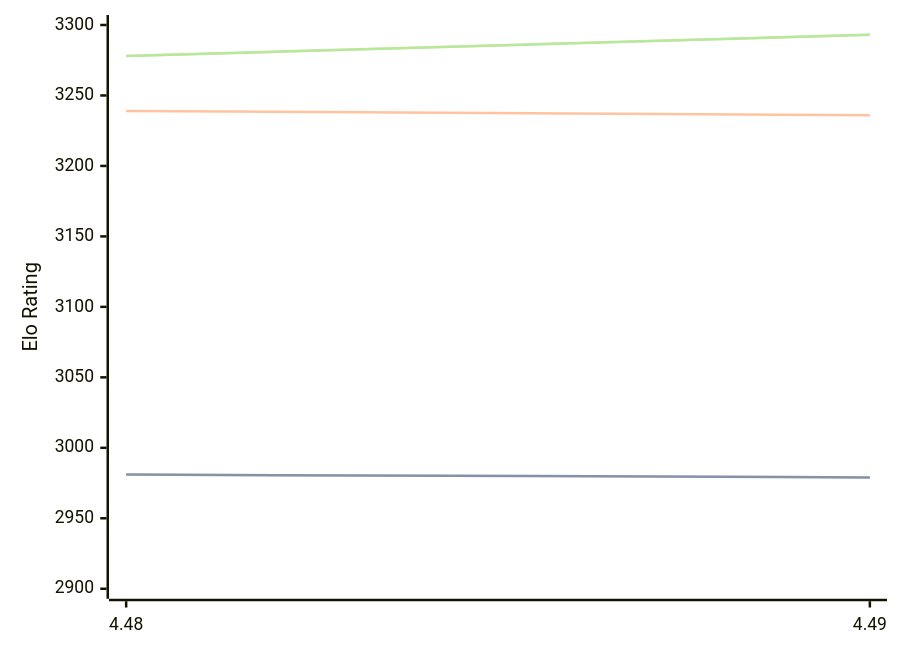
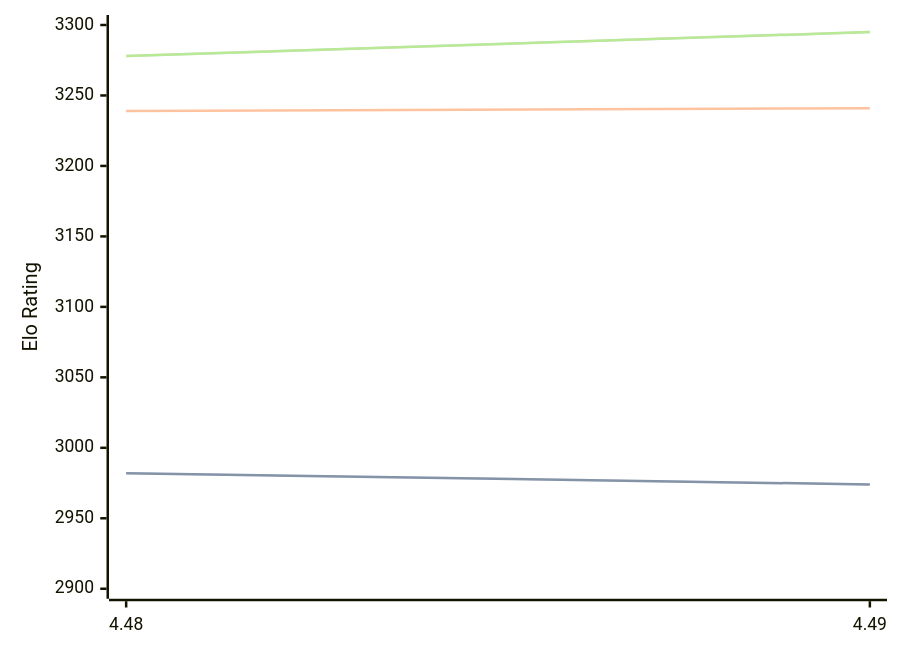
Before and after one commit to computer-chess-index/cci: the diagram in engines/Cheng4.md, drawn with Mermaid. The commit also changed other lines of this file, not shown here.

Commit message:
Update CCI Ratings (ELO VLTC) - 2026-09-07

````diff
--- a/engines/Cheng4.md
+++ b/engines/Cheng4.md
@@ -32,11 +32,11 @@
 ```mermaid
 %%{init: {"theme":"base","themeVariables":{"seriesColors:['#a3a3a3','#222221','#faa371']}}}%%
 xychart-beta
   x-axis ["4.48", "4.49"]
   y-axis "Elo Rating" 2900 --> 3300
-  line "" [2981, 2979]
-  line "STC (8.0+0.08s)" [2981, 2979]
-  line "LTC (60.0+0.60s)" [3239, 3236]
-  line "" [3278, 3293]
-  line "VLTC (2m24s+1.12s)" [3278, 3293]
+  line "" [2982, 2974]
+  line "STC (8.0+0.08s)" [2982, 2974]
+  line "LTC (60.0+0.60s)" [3239, 3241]
+  line "" [3278, 3295]
+  line "VLTC (2m24s+1.12s)" [3278, 3295]
 ```
````
